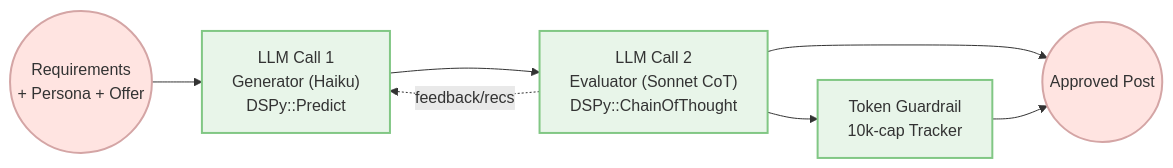
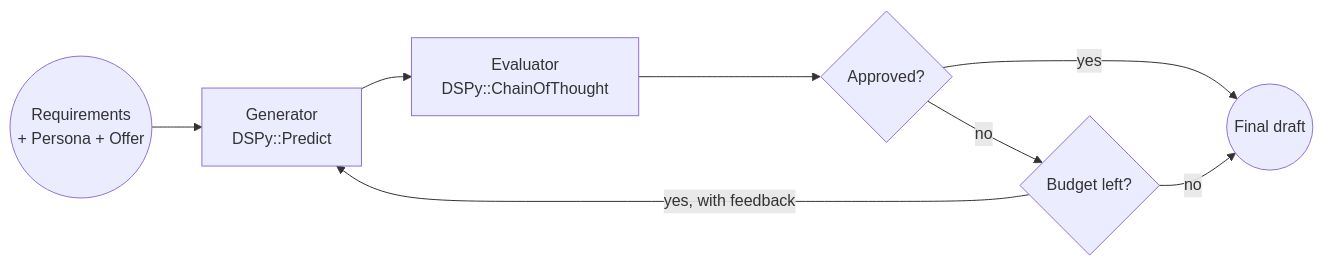
One commit to vicentereig/dspy.rb changed the diagram in docs/src/_articles/evaluator_loop_in_ruby.md. Above: the diagram before and after it, drawn with Mermaid. The commit also changed other lines of this file and 5 other files, not shown here.

````diff
--- a/docs/src/_articles/evaluator_loop_in_ruby.md
+++ b/docs/src/_articles/evaluator_loop_in_ruby.md
@@ -21,18 +21,15 @@
 ```mermaid
 flowchart LR
     In((Requirements\n+ Persona + Offer))
-    Gen["LLM Call 1\nGenerator (Haiku)\nDSPy::Predict"]
-    Eval["LLM Call 2\nEvaluator (Sonnet CoT)\nDSPy::ChainOfThought"]
-    Budget["Token Guardrail\n10k-cap Tracker"]
-    Out((Approved Post))
+    Gen["Generator\nDSPy::Predict"]
+    Eval["Evaluator\nDSPy::ChainOfThought"]
+    Decision{"Approved?"}
+    Budget{"Budget left?"}
+    Out((Final draft))
 
-    In --> Gen --> Eval --> Out
-    Eval -.feedback/recs.-> Gen
-    Eval --> Budget --> Out
-
-    style In fill:#ffe4e1,stroke:#d4a5a5,stroke-width:2px
-    style Out fill:#ffe4e1,stroke:#d4a5a5,stroke-width:2px
-    style Gen fill:#e8f5e9,stroke:#81c784,stroke-width:2px
-    style Eval fill:#e8f5e9,stroke:#81c784,stroke-width:2px
-    style Budget fill:#e8f5e9,stroke:#81c784,stroke-width:2px
+    In --> Gen --> Eval --> Decision
+    Decision -->|yes| Out
+    Decision -->|no| Budget
+    Budget -->|yes, with feedback| Gen
+    Budget -->|no| Out
 ```
````
